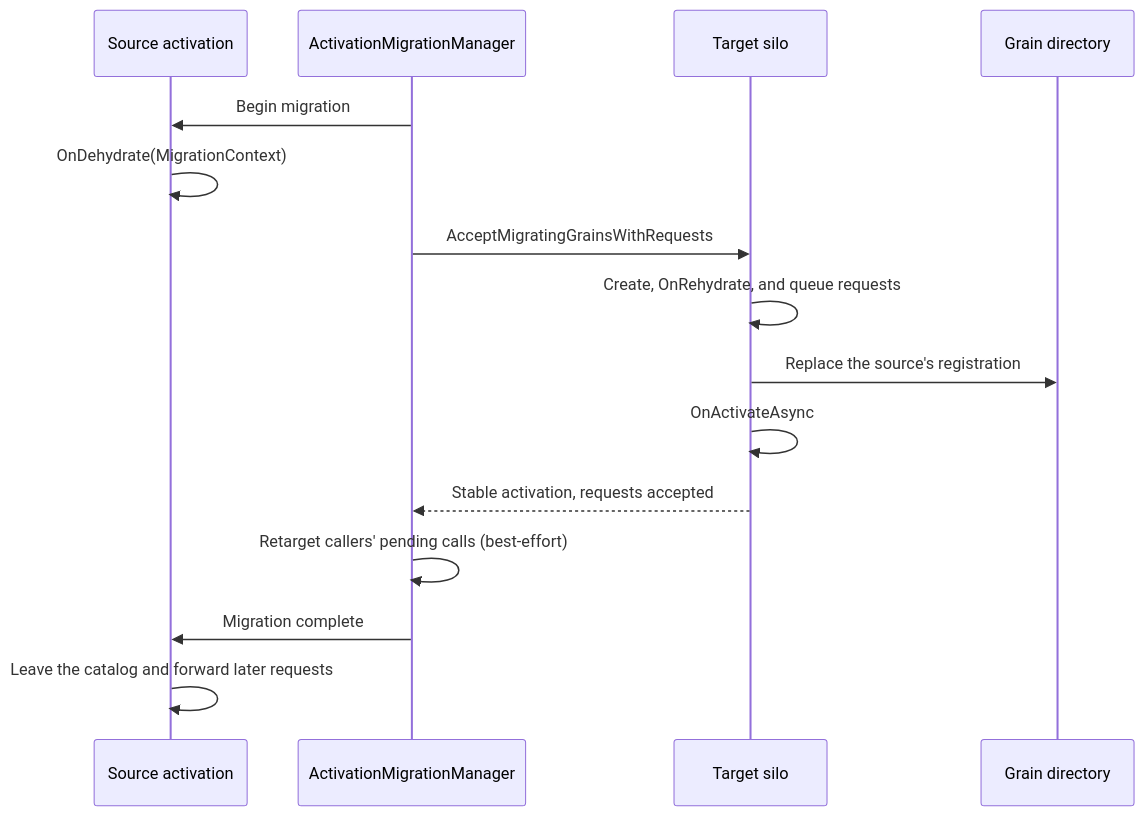
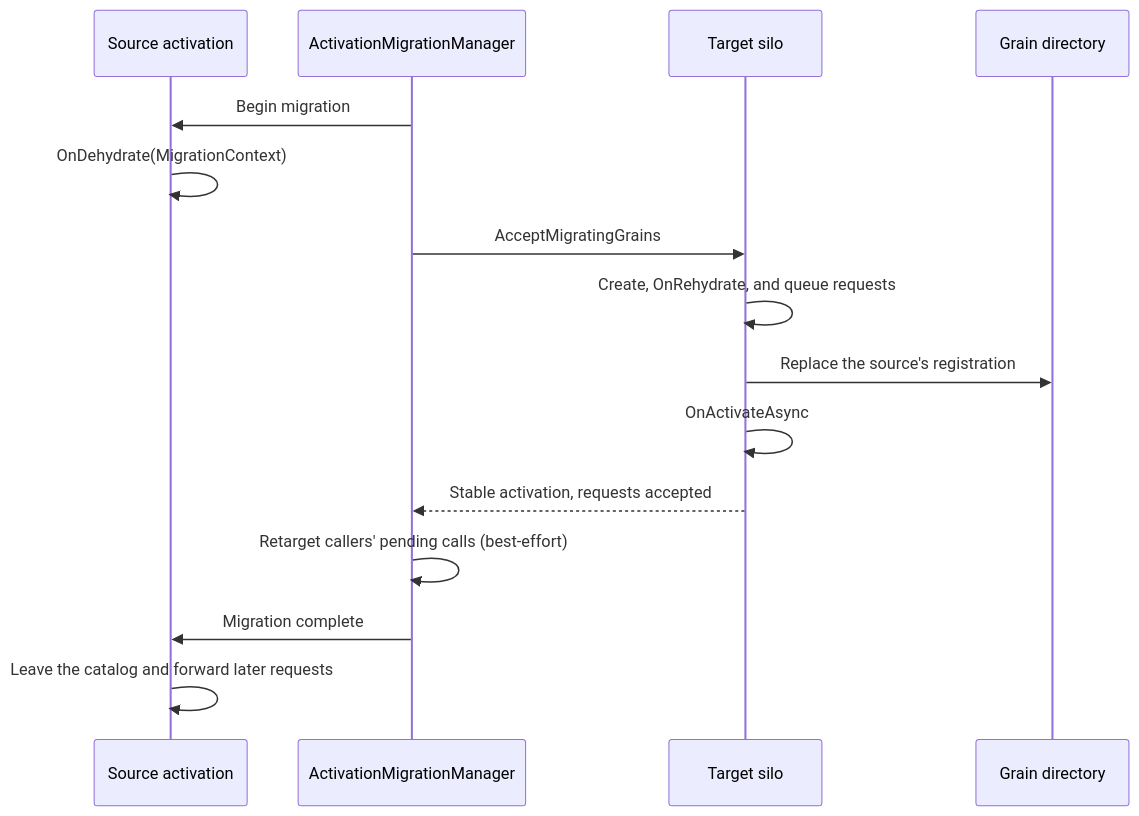
One commit to dotnet/orleans changed the second of 2 diagrams in docs/site/src/content/docs/implementation/activation-lifecycle.md. Above: the diagram before and after it, drawn with Mermaid. The commit also changed 3 other files, not shown here.

````diff
--- a/docs/site/src/content/docs/implementation/activation-lifecycle.md
+++ b/docs/site/src/content/docs/implementation/activation-lifecycle.md
@@ -62,18 +62,18 @@
 ```mermaid
 sequenceDiagram
     participant Source as Source activation
     participant Manager as ActivationMigrationManager
     participant Target as Target silo
     participant Directory as Grain directory
 
     Manager->>Source: Begin migration
     Source->>Source: OnDehydrate(MigrationContext)
-    Manager->>Target: AcceptMigratingGrainsWithRequests
+    Manager->>Target: AcceptMigratingGrains
     Target->>Target: Create, OnRehydrate, and queue requests
     Target->>Directory: Replace the source's registration
     Target->>Target: OnActivateAsync
     Target-->>Manager: Stable activation, requests accepted
     Manager->>Manager: Retarget callers' pending calls (best-effort)
     Manager->>Source: Migration complete
     Source->>Source: Leave the catalog and forward later requests
 ```
````
